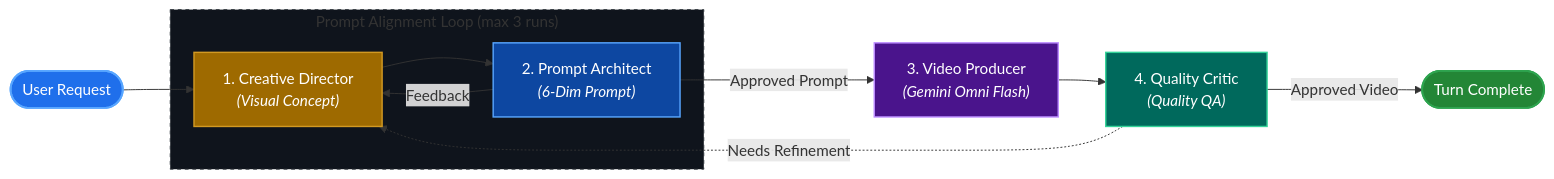
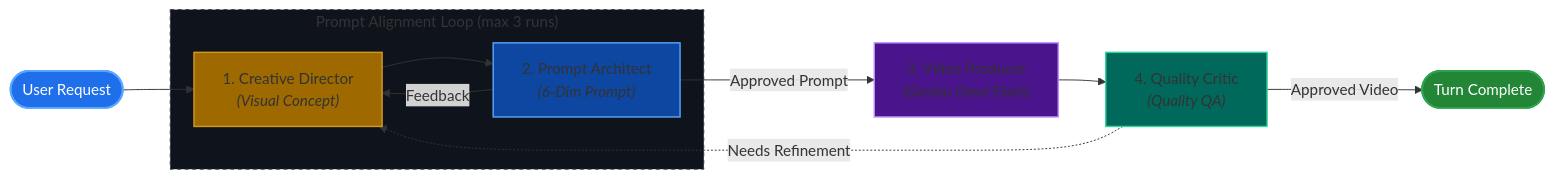
One commit to jggomez/vibe-video-gemini-omni changed the second of 2 diagrams in README.md. Above: the diagram before and after it, drawn with Mermaid.

Commit message:
docs: refactor Mermaid diagram style overrides with classDef class associations

````diff
--- a/README.md
+++ b/README.md
@@ -72,34 +72,41 @@
 ```mermaid
 flowchart LR
     %% Nodes
     Start([User Request])
     Director["1. Creative Director<br><i>(Visual Concept)</i>"]
     Architect["2. Prompt Architect<br><i>(6-Dim Prompt)</i>"]
     Producer["3. Video Producer<br><i>(Gemini Omni Flash)</i>"]
     Critic["4. Quality Critic<br><i>(Quality QA)</i>"]
     Done([Turn Complete])
 
     %% Flow Connections
     Start --> Director
     
     subgraph InnerLoop ["Prompt Alignment Loop (max 3 runs)"]
         Director --> Architect
         Architect -->|Feedback| Director
     end
 
     Architect -->|Approved Prompt| Producer
     Producer --> Critic
     
     Critic -->|Approved Video| Done
     Critic -.->|Needs Refinement| Director
 
-    %% Design Themes (High Contrast for GitHub Light/Dark)
-    style Start fill:#1f6feb,stroke:#58a6ff,color:#ffffff,stroke-width:2px
-    style Done fill:#238636,stroke:#2ea44f,color:#ffffff,stroke-width:2px
-    style Director fill:#9e6a00,stroke:#d29922,color:#ffffff,stroke-width:1.5px
-    style Architect fill:#0d47a1,stroke:#58a6ff,color:#ffffff,stroke-width:1.5px
-    style Producer fill:#4a148c,stroke:#bc8cff,color:#ffffff,stroke-width:1.5px
-    style Critic fill:#00695c,stroke:#34d399,color:#ffffff,stroke-width:1.5px
-    
-    style InnerLoop fill:#0f141c,stroke:#30363d,stroke-width:1px,stroke-dasharray: 4 4
+    %% Styles via classDef (GitHub Compatible)
+    classDef startNode fill:#1f6feb,stroke:#58a6ff,color:#ffffff,stroke-width:2px;
+    classDef doneNode fill:#238636,stroke:#2ea44f,color:#ffffff,stroke-width:2px;
+    classDef dirNode fill:#9e6a00,stroke:#d29922,color:#ffffff !important,stroke-width:1.5px;
+    classDef archNode fill:#0d47a1,stroke:#58a6ff,color:#ffffff !important,stroke-width:1.5px;
+    classDef prodNode fill:#4a148c,stroke:#bc8cff,color:#ffffff !important,stroke-width:1.5px;
+    classDef criticNode fill:#00695c,stroke:#34d399,color:#ffffff !important,stroke-width:1.5px;
+    classDef inner fill:#0f141c,stroke:#30363d,stroke-width:1px,stroke-dasharray: 4 4;
+
+    class Start startNode;
+    class Done doneNode;
+    class Director dirNode;
+    class Architect archNode;
+    class Producer prodNode;
+    class Critic criticNode;
+    class InnerLoop inner;
 ```
````
